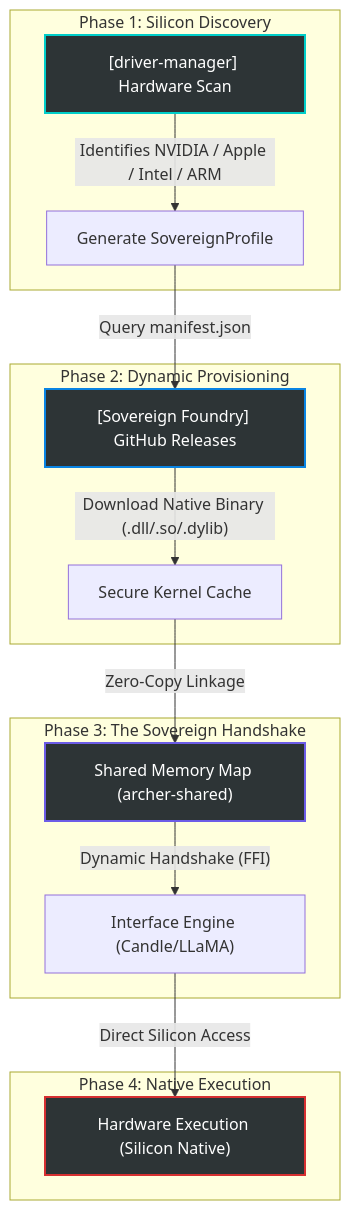
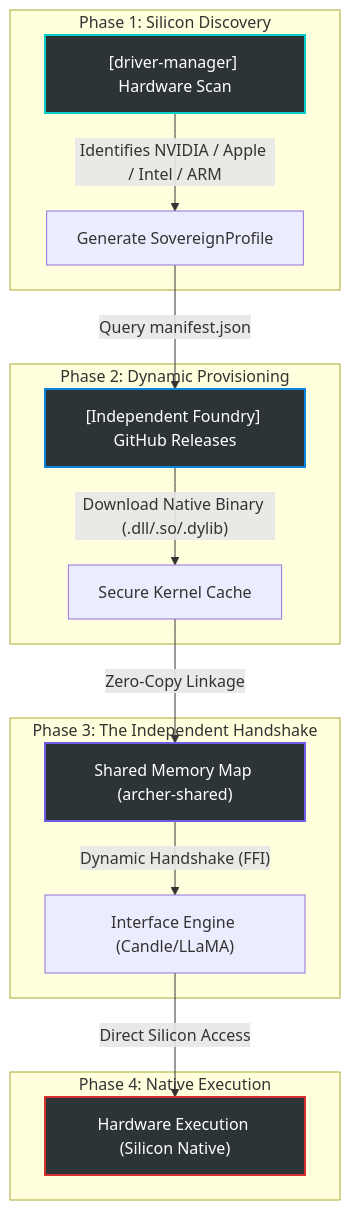
One commit to ayan-kushwaha/Cluaiz- changed the diagram in inference-drivers/README.md. Above: the diagram before and after it, drawn with Mermaid. The commit also changed other lines of this file and 101 other files, not shown here.

````diff
--- a/inference-drivers/README.md
+++ b/inference-drivers/README.md
@@ -57,27 +57,27 @@
 ```mermaid
 graph TD
     subgraph "Phase 1: Silicon Discovery"
         HW_SCAN["[driver-manager] Hardware Scan"]
         HW_SCAN -- "Identifies NVIDIA / Apple / Intel / ARM" --> PROFILE["Generate SovereignProfile"]
     end
 
     subgraph "Phase 2: Dynamic Provisioning"
-        PROFILE -- "Query manifest.json" --> FOUNDRY["[Sovereign Foundry] GitHub Releases"]
+        PROFILE -- "Query manifest.json" --> FOUNDRY["[Independent Foundry] GitHub Releases"]
         FOUNDRY -- "Download Native Binary (.dll/.so/.dylib)" --> LOCAL_STORAGE["Secure Kernel Cache"]
     end
 
-    subgraph "Phase 3: The Sovereign Handshake"
+    subgraph "Phase 3: The Independent Handshake"
         LOCAL_STORAGE -- "Zero-Copy Linkage" --> MEM_MAP["Shared Memory Map (archer-shared)"]
         MEM_MAP -- "Dynamic Handshake (FFI)" --> KERNEL["Interface Engine (Candle/LLaMA)"]
     end
 
     subgraph "Phase 4: Native Execution"
         KERNEL -- "Direct Silicon Access" --> GPU_NPU["Hardware Execution (Silicon Native)"]
     end
 
     %% Styling
     style HW_SCAN fill:#2d3436,stroke:#00cec9,stroke-width:2px,color:#fff
     style FOUNDRY fill:#2d3436,stroke:#0984e3,stroke-width:2px,color:#fff
     style MEM_MAP fill:#2d3436,stroke:#6c5ce7,stroke-width:2px,color:#fff
     style GPU_NPU fill:#2d3436,stroke:#d63031,stroke-width:2px,color:#fff
 ```
````
